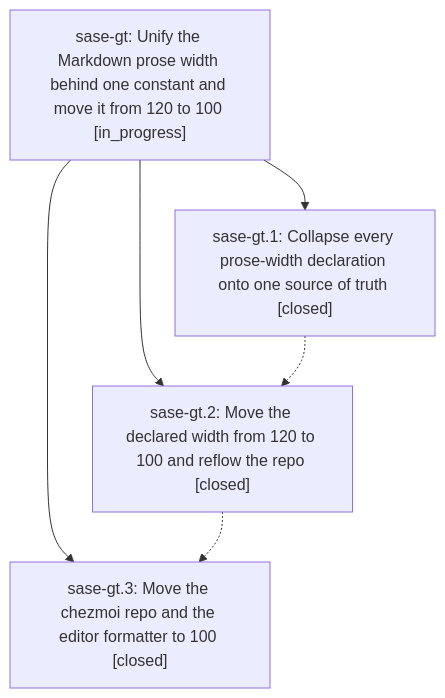
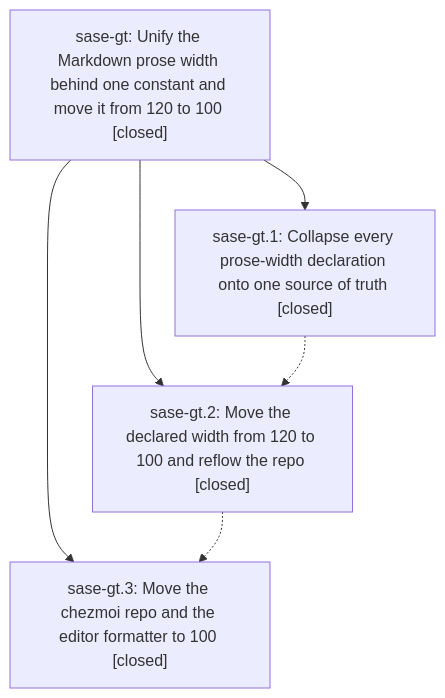
The diagram in pages/sase-gt/README.md (sase-org/sase--beads), drawn with Mermaid before and after one commit. The commit also changed other lines of this file, not shown here.

First line of the commit message:
chore(beads): sync bead state and pages for sase-gt

````diff
--- a/pages/sase-gt/README.md
+++ b/pages/sase-gt/README.md
@@ -24,12 +39,12 @@
 ```mermaid
 flowchart TD
-    n0["sase-gt: Unify the Markdown prose width behind one constant and move it from 120 to 100 [in_progress]"]
+    n0["sase-gt: Unify the Markdown prose width behind one constant and move it from 120 to 100 [closed]"]
     n1["sase-gt.1: Collapse every prose-width declaration onto one source of truth [closed]"]
     n2["sase-gt.2: Move the declared width from 120 to 100 and reflow the repo [closed]"]
     n3["sase-gt.3: Move the chezmoi repo and the editor formatter to 100 [closed]"]
     n0 --> n1
     n0 --> n2
     n0 --> n3
     n1 -.-> n2
     n2 -.-> n3
 ```
````
